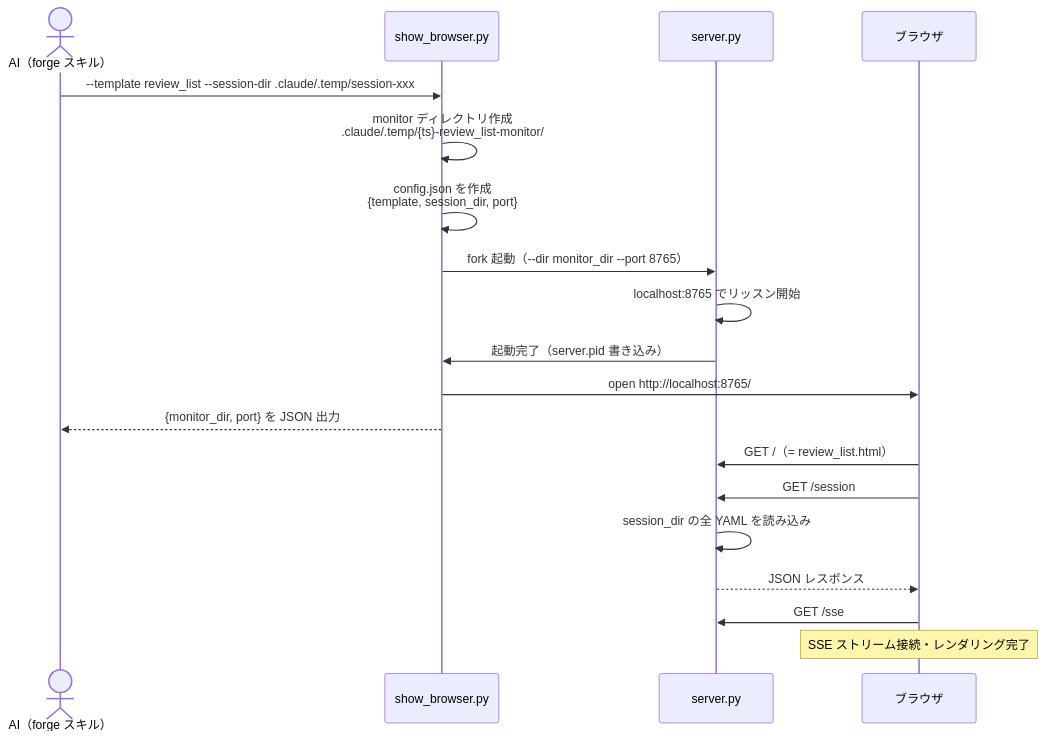
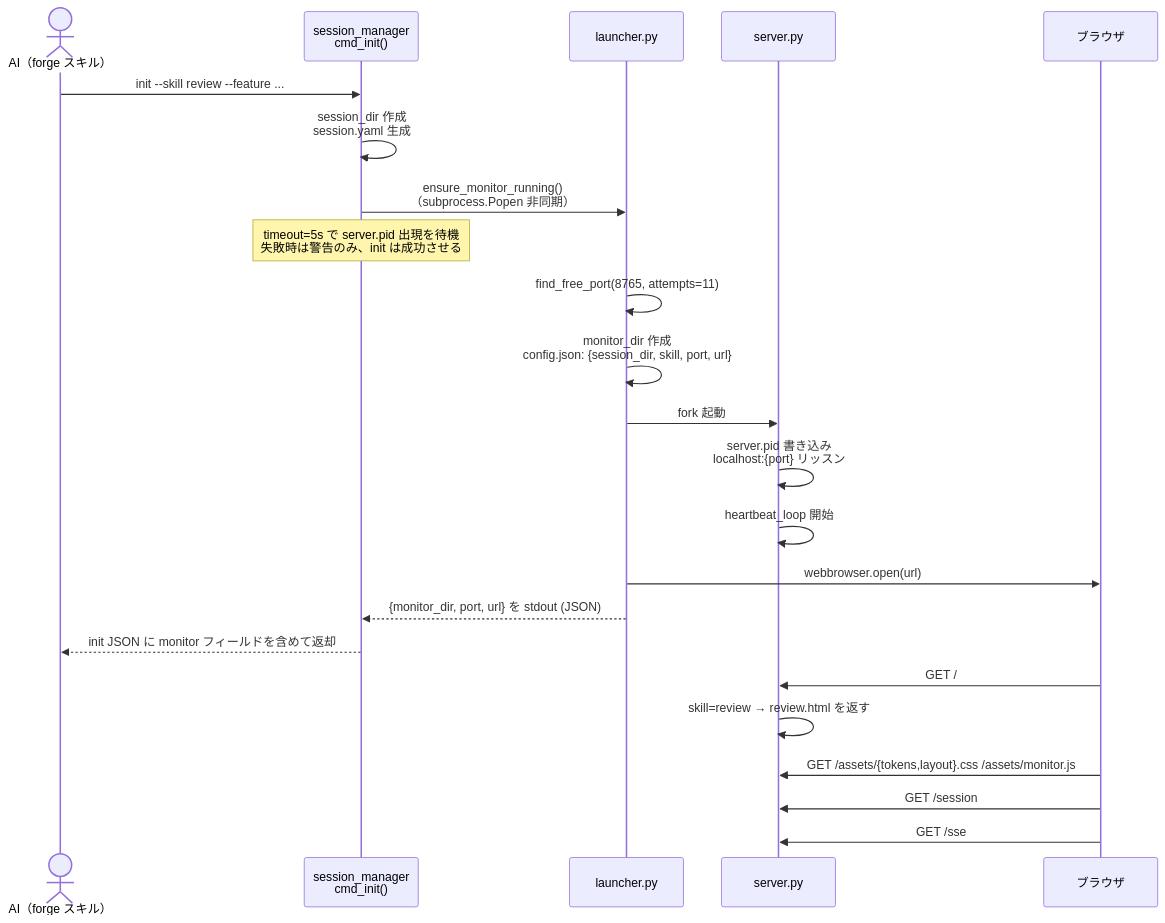
Before and after one commit to BlueEventHorizon/bw-cc-plugins: the third of 7 diagrams in docs/specs/forge/design/DES-012_show_browser_design.md, drawn with Mermaid. The commit also changed other lines of this file and 40 other files, not shown here.

Commit message:
fix: show-browser

````diff
--- a/docs/specs/forge/design/DES-012_show_browser_design.md
+++ b/docs/specs/forge/design/DES-012_show_browser_design.md
@@ -147,23 +188,28 @@
 ```mermaid
 sequenceDiagram
     actor AI as AI（forge スキル）
-    participant SB as show_browser.py
+    participant SM as session_manager<br>cmd_init()
+    participant L as launcher.py
     participant SV as server.py
     participant Browser as ブラウザ
 
-    AI->>SB: --template review_list --session-dir .claude/.temp/session-xxx
-    SB->>SB: monitor ディレクトリ作成<br>.claude/.temp/{ts}-review_list-monitor/
-    SB->>SB: config.json を作成<br>{template, session_dir, port}
-    SB->>SV: fork 起動（--dir monitor_dir --port 8765）
-    SV->>SV: localhost:8765 でリッスン開始
-    SV->>SB: 起動完了（server.pid 書き込み）
-    SB->>Browser: open http://localhost:8765/
-    SB-->>AI: {monitor_dir, port} を JSON 出力
+    AI->>SM: init --skill review --feature ...
+    SM->>SM: session_dir 作成<br>session.yaml 生成
+    SM->>L: ensure_monitor_running()<br>（subprocess.Popen 非同期）
+    Note over SM: timeout=5s で server.pid 出現を待機<br>失敗時は警告のみ、init は成功させる
 
-    Browser->>SV: GET /（= review_list.html）
+    L->>L: find_free_port(8765, attempts=11)
+    L->>L: monitor_dir 作成<br>config.json: {session_dir, skill, port, url}
+    L->>SV: fork 起動
+    SV->>SV: server.pid 書き込み<br>localhost:{port} リッスン
+    SV->>SV: heartbeat_loop 開始
+    L->>Browser: webbrowser.open(url)
+    L-->>SM: {monitor_dir, port, url} を stdout (JSON)
+    SM-->>AI: init JSON に monitor フィールドを含めて返却
+    
+    Browser->>SV: GET /
+    SV->>SV: skill=review → review.html を返す
+    Browser->>SV: GET /assets/{tokens,layout}.css /assets/monitor.js
     Browser->>SV: GET /session
-    SV->>SV: session_dir の全 YAML を読み込み
-    SV-->>Browser: JSON レスポンス
     Browser->>SV: GET /sse
-    Note over Browser: SSE ストリーム接続・レンダリング完了
 ```
````
